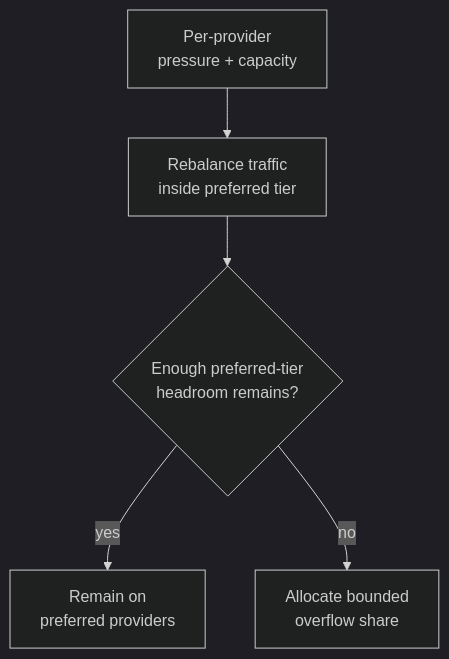
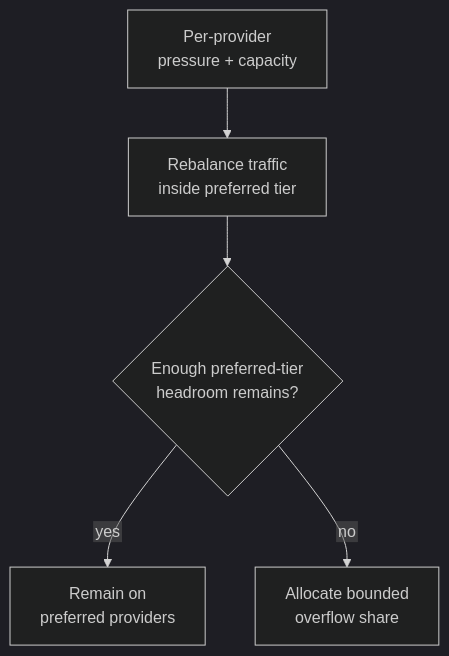
The fourth of 13 diagrams in demos/grid-cloud-burst/README.md (praxis-proxy/experimental), drawn with Mermaid (dark theme) before and after one commit. The commit also changed other lines of this file, not shown here.

````diff
--- a/demos/grid-cloud-burst/README.md
+++ b/demos/grid-cloud-burst/README.md
@@ -236,12 +239,13 @@
 ```mermaid
+%%{init: {"flowchart": {"htmlLabels": false}}}%%
 flowchart TB
     M["Per-provider<br/>pressure + capacity"]
     R["Rebalance traffic<br/>inside preferred tier"]
     H{"Enough preferred-tier<br/>headroom remains?"}
     L["Remain on<br/>preferred providers"]
     B["Allocate bounded<br/>overflow share"]
 
     M --> R --> H
     H -->|yes| L
     H -->|no| B
 ```
````
